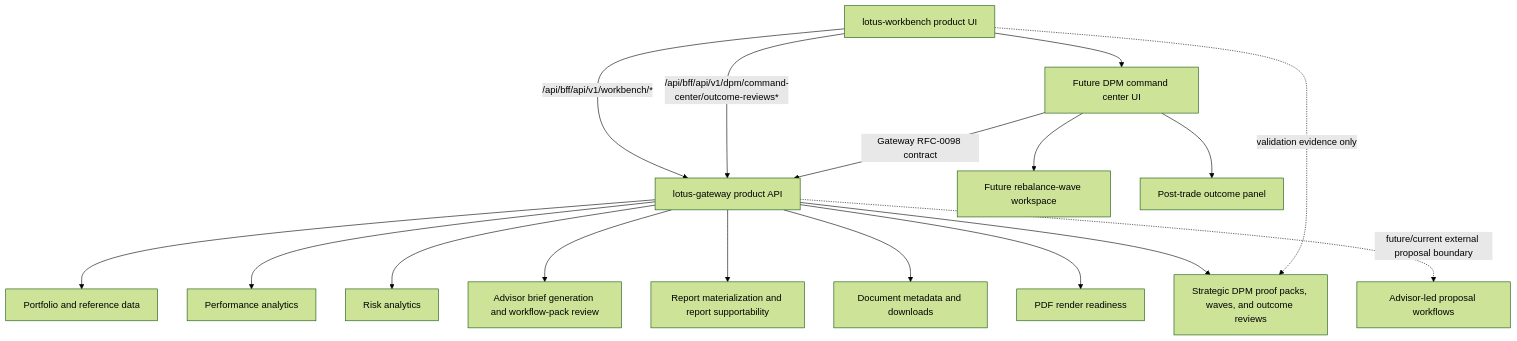
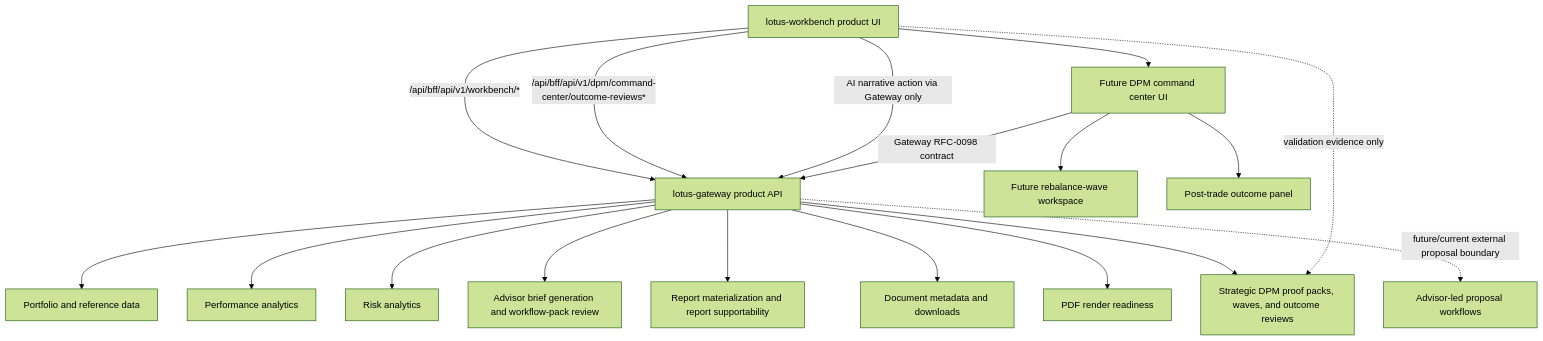
The diagram in wiki/Integrations.md (sgajbi/advisor-workbench), drawn with Mermaid (forest theme) before and after one commit. The commit also changed other lines of this file and 11 other files, not shown here.

Commit message:
feat: add outcome review AI narrative action

````diff
--- a/wiki/Integrations.md
+++ b/wiki/Integrations.md
@@ -81,34 +87,35 @@
 ```mermaid
 flowchart TB
   Workbench[lotus-workbench product UI]
   Gateway[lotus-gateway product API]
   Core[Portfolio and reference data]
   Performance[Performance analytics]
   Risk[Risk analytics]
   AI[Advisor brief generation and workflow-pack review]
   Report[Report materialization and report supportability]
   Archive[Document metadata and downloads]
   Render[PDF render readiness]
   Manage[Strategic DPM proof packs, waves, and outcome reviews]
   Waves[Future rebalance-wave workspace]
   Outcomes[Post-trade outcome panel]
   Advise[Advisor-led proposal workflows]
   DpmCenter[Future DPM command center UI]
 
   Workbench -->|/api/bff/api/v1/workbench/*| Gateway
   Workbench --> DpmCenter
   Workbench -->|/api/bff/api/v1/dpm/command-center/outcome-reviews*| Gateway
+  Workbench -->|AI narrative action via Gateway only| Gateway
   DpmCenter --> Waves
   DpmCenter --> Outcomes
   DpmCenter -->|Gateway RFC-0098 contract| Gateway
   Gateway --> Core
   Gateway --> Performance
   Gateway --> Risk
   Gateway --> AI
   Gateway --> Report
   Gateway --> Archive
   Gateway --> Render
   Gateway --> Manage
   Gateway -. future/current external proposal boundary .-> Advise
   Workbench -. validation evidence only .-> Manage
 ```
````
